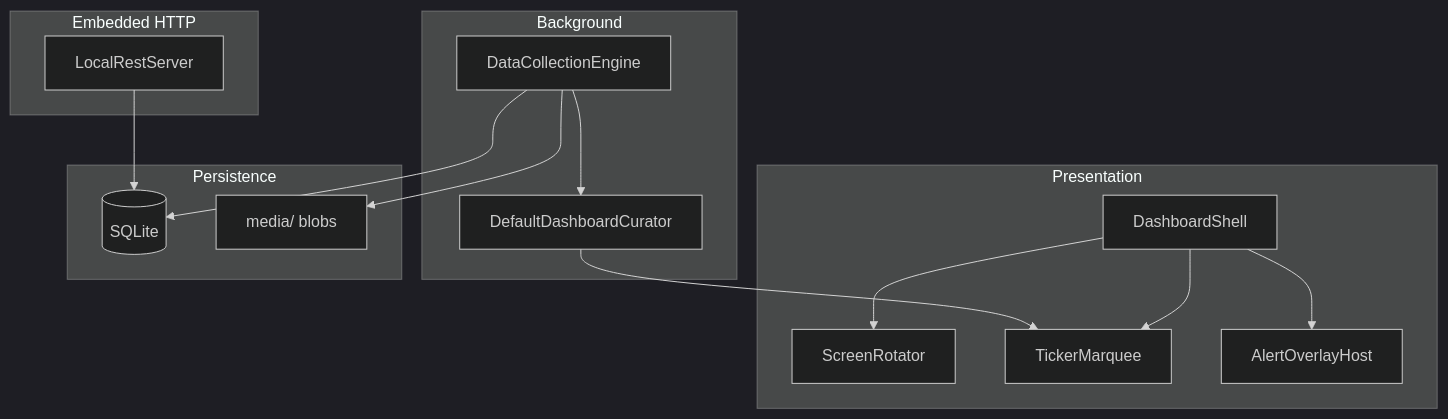
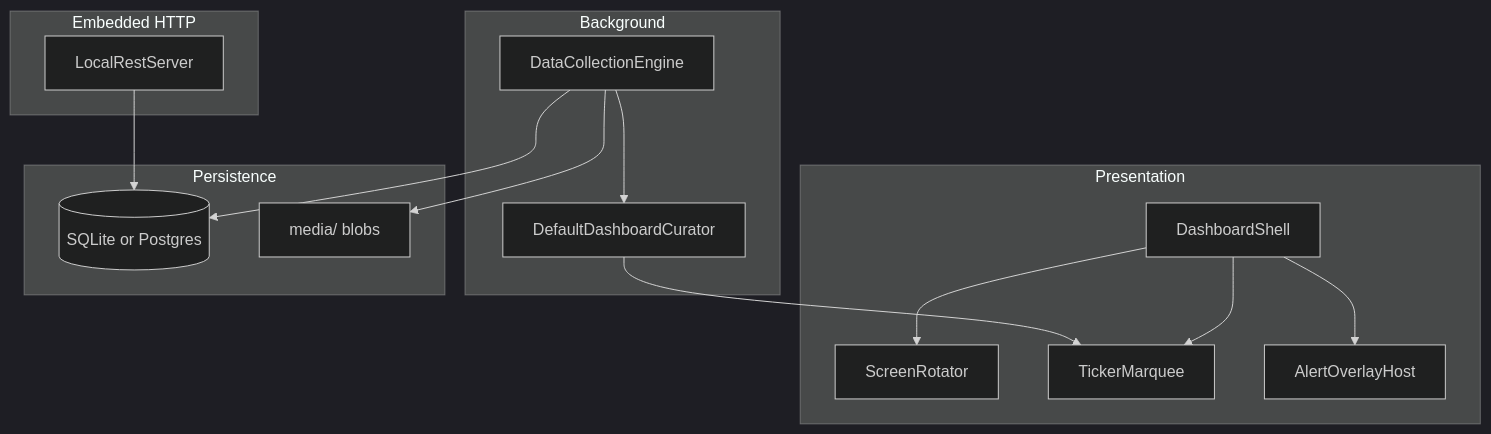
One commit to dukk/docs.waddleview.com changed the diagram in docs/getting-started/architecture.md. Above: the diagram before and after it, drawn with Mermaid (dark theme). The commit also changed other lines of this file and 14 other files, not shown here.

````diff
--- a/docs/getting-started/architecture.md
+++ b/docs/getting-started/architecture.md
@@ -18,28 +20,28 @@
 ```mermaid
 flowchart TB
   subgraph ui [Presentation]
     Shell[DashboardShell]
     Rotator[ScreenRotator]
     Ticker[TickerMarquee]
     Overlays[AlertOverlayHost]
   end
   subgraph loops [Background]
     Engine[DataCollectionEngine]
     Curator[DefaultDashboardCurator]
   end
   subgraph api [Embedded HTTP]
     REST[LocalRestServer]
   end
   subgraph data [Persistence]
-    DB[(SQLite)]
+    DB[(SQLite or Postgres)]
     Blobs[media/ blobs]
   end
   Shell --> Rotator
   Shell --> Ticker
   Shell --> Overlays
   Engine --> DB
   Engine --> Blobs
   Curator --> Ticker
   REST --> DB
   Engine --> Curator
 ```
````
